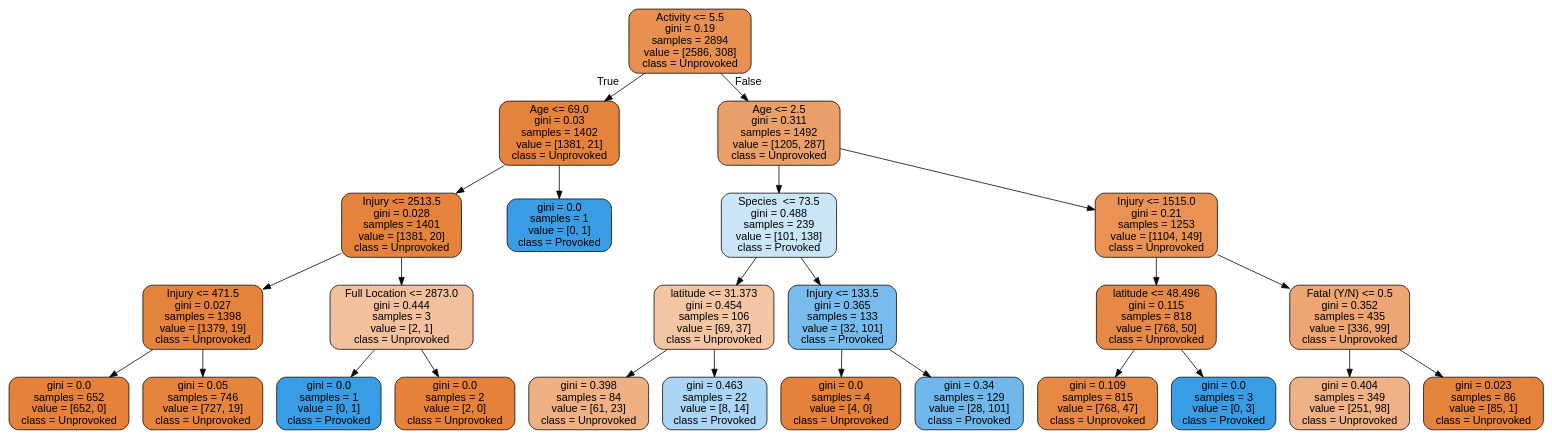
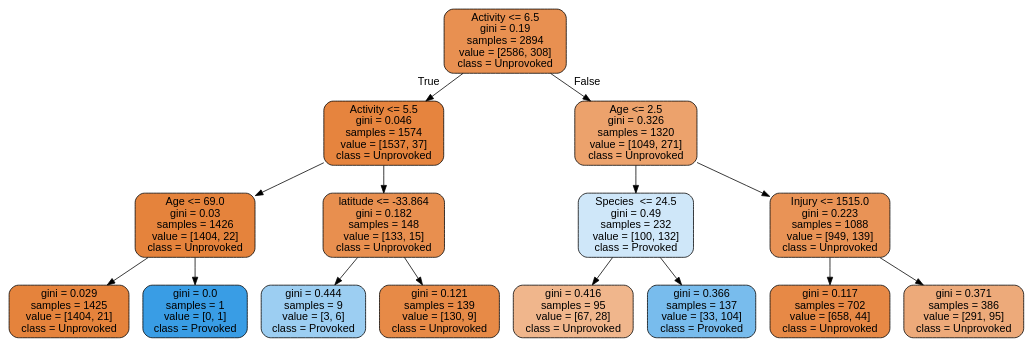
Before and after one commit to joshuapalicka/SharkAttackAnalysis: the diagram in shark_attack_tree.dot, drawn with Graphviz. The commit also changed 31 other files, not shown here.

```diff
--- a/shark_attack_tree.dot
+++ b/shark_attack_tree.dot
@@ -1,53 +1,33 @@
 digraph Tree {
 node [shape=box, style="filled, rounded", color="black", fontname="helvetica"] ;
 edge [fontname="helvetica"] ;
-0 [label="Activity <= 5.5\ngini = 0.19\nsamples = 2894\nvalue = [2586, 308]\nclass = Unprovoked", fillcolor="#e89051"] ;
-1 [label="Age <= 69.0\ngini = 0.03\nsamples = 1402\nvalue = [1381, 21]\nclass = Unprovoked", fillcolor="#e5833c"] ;
+0 [label="Activity <= 6.5\ngini = 0.19\nsamples = 2894\nvalue = [2586, 308]\nclass = Unprovoked", fillcolor="#e89051"] ;
+1 [label="Activity <= 5.5\ngini = 0.046\nsamples = 1574\nvalue = [1537, 37]\nclass = Unprovoked", fillcolor="#e6843e"] ;
 0 -> 1 [labeldistance=2.5, labelangle=45, headlabel="True"] ;
-2 [label="Injury <= 2513.5\ngini = 0.028\nsamples = 1401\nvalue = [1381, 20]\nclass = Unprovoked", fillcolor="#e5833c"] ;
+2 [label="Age <= 69.0\ngini = 0.03\nsamples = 1426\nvalue = [1404, 22]\nclass = Unprovoked", fillcolor="#e5833c"] ;
 1 -> 2 ;
-3 [label="Injury <= 471.5\ngini = 0.027\nsamples = 1398\nvalue = [1379, 19]\nclass = Unprovoked", fillcolor="#e5833c"] ;
+3 [label="gini = 0.029\nsamples = 1425\nvalue = [1404, 21]\nclass = Unprovoked", fillcolor="#e5833c"] ;
 2 -> 3 ;
-4 [label="gini = 0.0\nsamples = 652\nvalue = [652, 0]\nclass = Unprovoked", fillcolor="#e58139"] ;
-3 -> 4 ;
-5 [label="gini = 0.05\nsamples = 746\nvalue = [727, 19]\nclass = Unprovoked", fillcolor="#e6843e"] ;
-3 -> 5 ;
-6 [label="Full Location <= 2873.0\ngini = 0.444\nsamples = 3\nvalue = [2, 1]\nclass = Unprovoked", fillcolor="#f2c09c"] ;
-2 -> 6 ;
-7 [label="gini = 0.0\nsamples = 1\nvalue = [0, 1]\nclass = Provoked", fillcolor="#399de5"] ;
-6 -> 7 ;
-8 [label="gini = 0.0\nsamples = 2\nvalue = [2, 0]\nclass = Unprovoked", fillcolor="#e58139"] ;
-6 -> 8 ;
-9 [label="gini = 0.0\nsamples = 1\nvalue = [0, 1]\nclass = Provoked", fillcolor="#399de5"] ;
-1 -> 9 ;
-10 [label="Age <= 2.5\ngini = 0.311\nsamples = 1492\nvalue = [1205, 287]\nclass = Unprovoked", fillcolor="#eb9f68"] ;
-0 -> 10 [labeldistance=2.5, labelangle=-45, headlabel="False"] ;
-11 [label="Species  <= 73.5\ngini = 0.488\nsamples = 239\nvalue = [101, 138]\nclass = Provoked", fillcolor="#cae5f8"] ;
-10 -> 11 ;
-12 [label="latitude <= 31.373\ngini = 0.454\nsamples = 106\nvalue = [69, 37]\nclass = Unprovoked", fillcolor="#f3c5a3"] ;
-11 -> 12 ;
-13 [label="gini = 0.398\nsamples = 84\nvalue = [61, 23]\nclass = Unprovoked", fillcolor="#efb184"] ;
+4 [label="gini = 0.0\nsamples = 1\nvalue = [0, 1]\nclass = Provoked", fillcolor="#399de5"] ;
+2 -> 4 ;
+5 [label="latitude <= -33.864\ngini = 0.182\nsamples = 148\nvalue = [133, 15]\nclass = Unprovoked", fillcolor="#e88f4f"] ;
+1 -> 5 ;
+6 [label="gini = 0.444\nsamples = 9\nvalue = [3, 6]\nclass = Provoked", fillcolor="#9ccef2"] ;
+5 -> 6 ;
+7 [label="gini = 0.121\nsamples = 139\nvalue = [130, 9]\nclass = Unprovoked", fillcolor="#e78a47"] ;
+5 -> 7 ;
+8 [label="Age <= 2.5\ngini = 0.326\nsamples = 1320\nvalue = [1049, 271]\nclass = Unprovoked", fillcolor="#eca26c"] ;
+0 -> 8 [labeldistance=2.5, labelangle=-45, headlabel="False"] ;
+9 [label="Species  <= 24.5\ngini = 0.49\nsamples = 232\nvalue = [100, 132]\nclass = Provoked", fillcolor="#cfe7f9"] ;
+8 -> 9 ;
+10 [label="gini = 0.416\nsamples = 95\nvalue = [67, 28]\nclass = Unprovoked", fillcolor="#f0b68c"] ;
+9 -> 10 ;
+11 [label="gini = 0.366\nsamples = 137\nvalue = [33, 104]\nclass = Provoked", fillcolor="#78bced"] ;
+9 -> 11 ;
+12 [label="Injury <= 1515.0\ngini = 0.223\nsamples = 1088\nvalue = [949, 139]\nclass = Unprovoked", fillcolor="#e99356"] ;
+8 -> 12 ;
+13 [label="gini = 0.117\nsamples = 702\nvalue = [658, 44]\nclass = Unprovoked", fillcolor="#e78946"] ;
 12 -> 13 ;
-14 [label="gini = 0.463\nsamples = 22\nvalue = [8, 14]\nclass = Provoked", fillcolor="#aad5f4"] ;
+14 [label="gini = 0.371\nsamples = 386\nvalue = [291, 95]\nclass = Unprovoked", fillcolor="#edaa7a"] ;
 12 -> 14 ;
-15 [label="Injury <= 133.5\ngini = 0.365\nsamples = 133\nvalue = [32, 101]\nclass = Provoked", fillcolor="#78bced"] ;
-11 -> 15 ;
-16 [label="gini = 0.0\nsamples = 4\nvalue = [4, 0]\nclass = Unprovoked", fillcolor="#e58139"] ;
-15 -> 16 ;
-17 [label="gini = 0.34\nsamples = 129\nvalue = [28, 101]\nclass = Provoked", fillcolor="#70b8ec"] ;
-15 -> 17 ;
-18 [label="Injury <= 1515.0\ngini = 0.21\nsamples = 1253\nvalue = [1104, 149]\nclass = Unprovoked", fillcolor="#e99254"] ;
-10 -> 18 ;
-19 [label="latitude <= 48.496\ngini = 0.115\nsamples = 818\nvalue = [768, 50]\nclass = Unprovoked", fillcolor="#e78946"] ;
-18 -> 19 ;
-20 [label="gini = 0.109\nsamples = 815\nvalue = [768, 47]\nclass = Unprovoked", fillcolor="#e78945"] ;
-19 -> 20 ;
-21 [label="gini = 0.0\nsamples = 3\nvalue = [0, 3]\nclass = Provoked", fillcolor="#399de5"] ;
-19 -> 21 ;
-22 [label="Fatal (Y/N) <= 0.5\ngini = 0.352\nsamples = 435\nvalue = [336, 99]\nclass = Unprovoked", fillcolor="#eda673"] ;
-18 -> 22 ;
-23 [label="gini = 0.404\nsamples = 349\nvalue = [251, 98]\nclass = Unprovoked", fillcolor="#efb286"] ;
-22 -> 23 ;
-24 [label="gini = 0.023\nsamples = 86\nvalue = [85, 1]\nclass = Unprovoked", fillcolor="#e5823b"] ;
-22 -> 24 ;
 }
```
